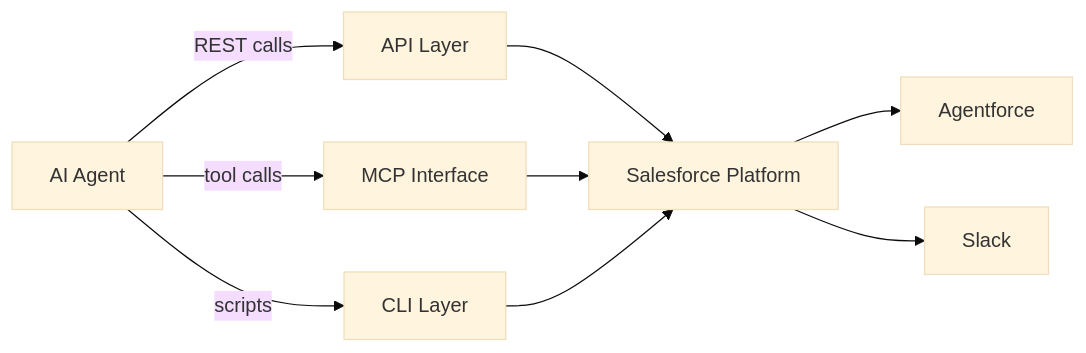
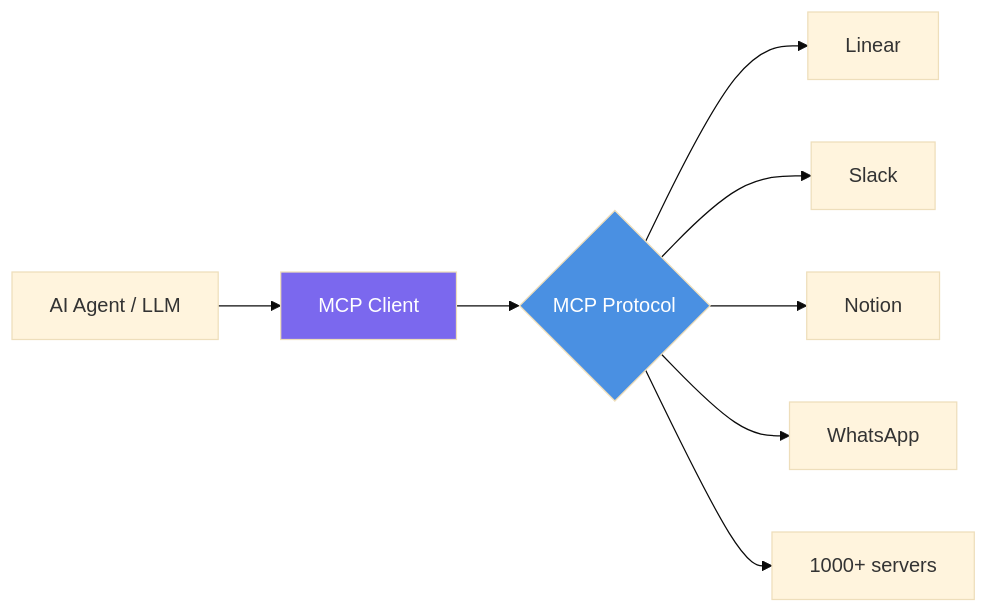
One commit to nick-xrex/ai-daily-content changed the first of 2 diagrams in 20-daily/2026-04-19.md. Above: the diagram before and after it, drawn with Mermaid (base theme). The commit also changed other lines of this file and 492 other files, not shown here.

````diff
--- a/20-daily/2026-04-19.md
+++ b/20-daily/2026-04-19.md
@@ -51,11 +51,12 @@
 ```mermaid
-graph LR
-    A[AI Agent] -->|REST calls| B[API Layer]
-    A -->|tool calls| C[MCP Interface]
-    A -->|scripts| D[CLI Layer]
-    B --> E[Salesforce Platform]
-    C --> E
-    D --> E
-    E --> F[Agentforce]
-    E --> G[Slack]
+flowchart LR
+    A[AI Agent / LLM] --> B[MCP Client]
+    B --> C{MCP Protocol}
+    C --> D[Linear]
+    C --> E[Slack]
+    C --> F[Notion]
+    C --> G[WhatsApp]
+    C --> H[1000+ servers]
+    style C fill:#4A90E2,color:#fff
+    style B fill:#7B68EE,color:#fff
 ```
````
